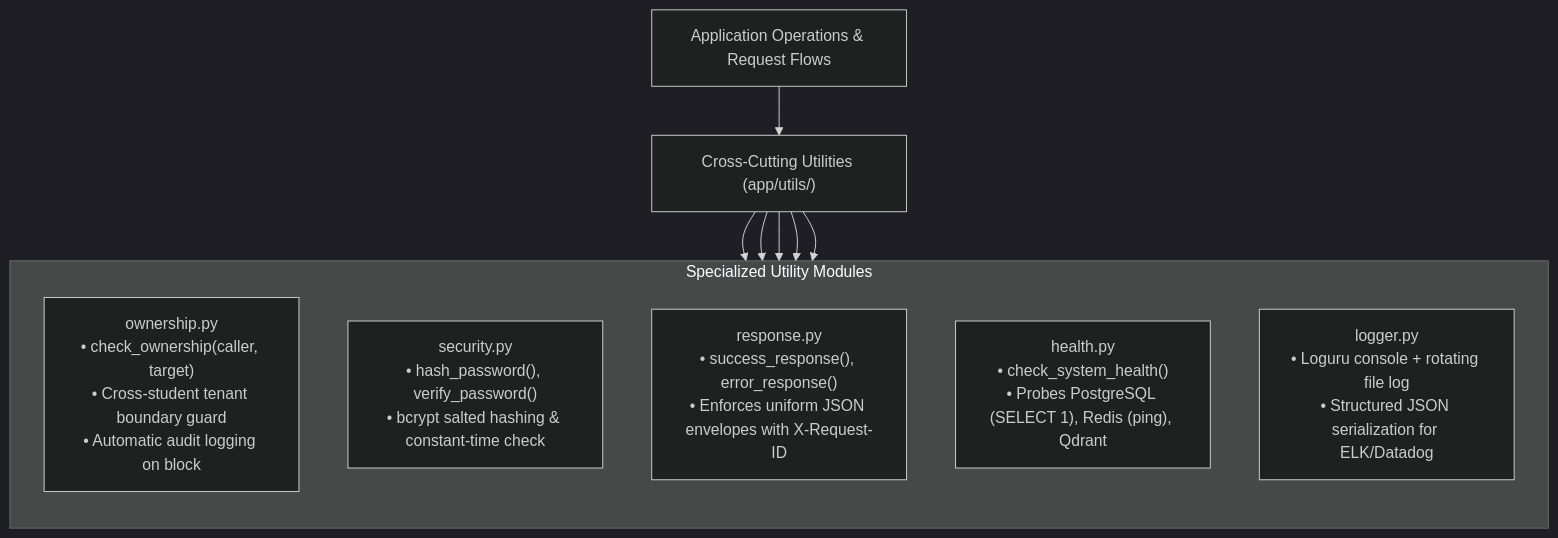
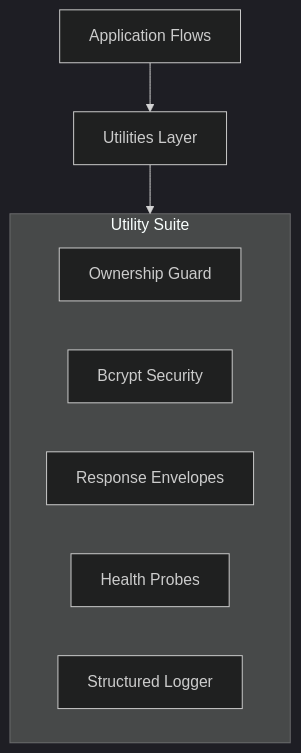
Before and after one commit to nakul-cloud/Intelligent_Student_Support_Agent: the diagram in Intelligent_Student_Support_Agent/app/utils/README.md, drawn with Mermaid (dark theme). The commit also changed 28 other files, not shown here.

````diff
--- a/Intelligent_Student_Support_Agent/app/utils/README.md
+++ b/Intelligent_Student_Support_Agent/app/utils/README.md
@@ -9,19 +9,15 @@
 ```mermaid
 flowchart TD
-    Op["Application Operations & Request Flows"] --> Utils["Cross-Cutting Utilities (app/utils/)"]
+    App["Application Flows"] --> Utils["Utilities Layer"]
 
-    subgraph UtilModules["Specialized Utility Modules"]
-        direction TB
-        Ownership["ownership.py<br/>• check_ownership(caller, target)<br/>• Cross-student tenant boundary guard<br/>• Automatic audit logging on block"]
-        Security["security.py<br/>• hash_password(), verify_password()<br/>• bcrypt salted hashing & constant-time check"]
-        Response["response.py<br/>• success_response(), error_response()<br/>• Enforces uniform JSON envelopes with X-Request-ID"]
-        Health["health.py<br/>• check_system_health()<br/>• Probes PostgreSQL (SELECT 1), Redis (ping), Qdrant"]
-        Logger["logger.py<br/>• Loguru console + rotating file log<br/>• Structured JSON serialization for ELK/Datadog"]
+    subgraph Modules["Utility Suite"]
+        direction LR
+        Ownership["Ownership Guard"]
+        Security["Bcrypt Security"]
+        Response["Response Envelopes"]
+        Health["Health Probes"]
+        Logger["Structured Logger"]
     end
 
-    Utils --> Ownership
-    Utils --> Security
-    Utils --> Response
-    Utils --> Health
-    Utils --> Logger
+    Utils --> Modules
 ```
````
